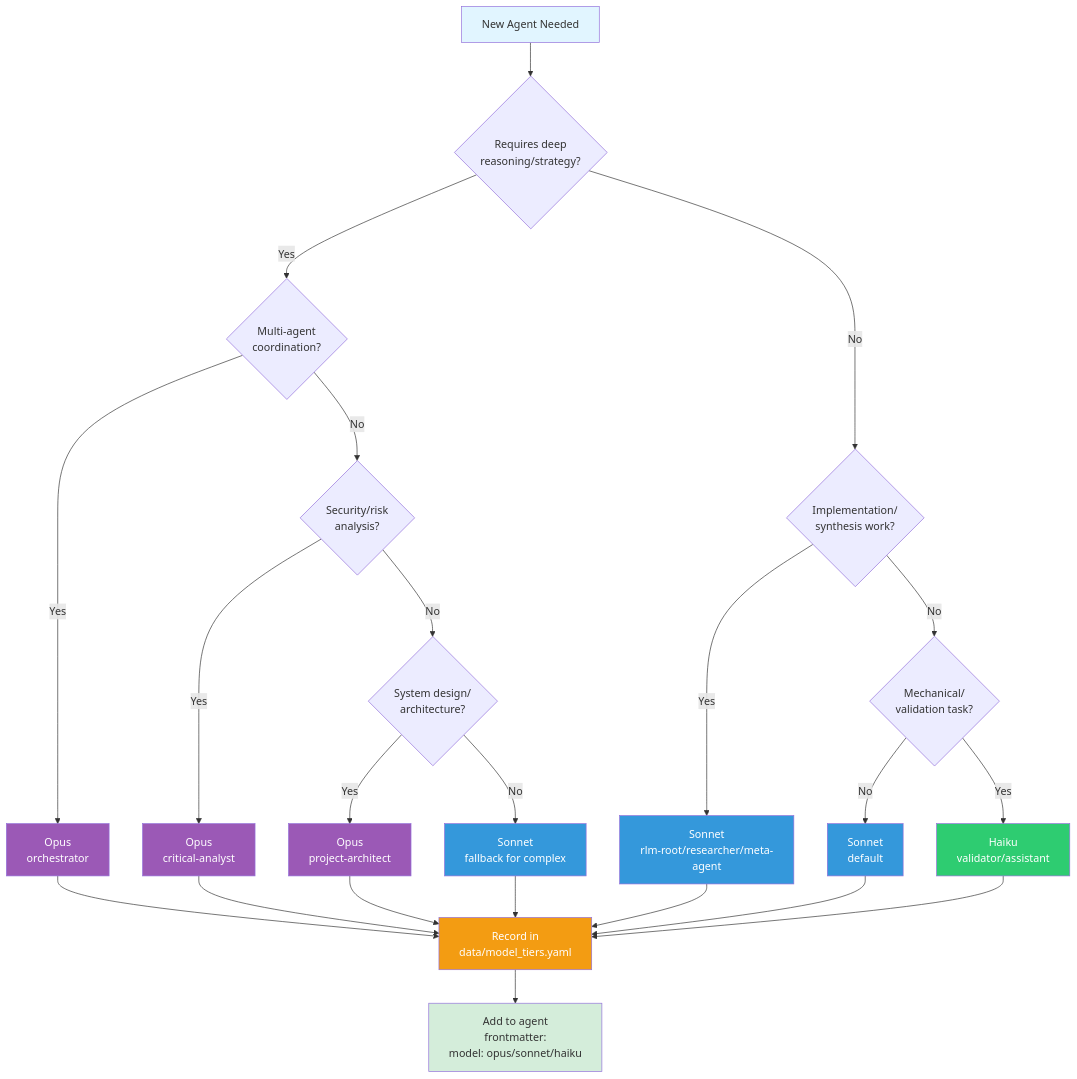
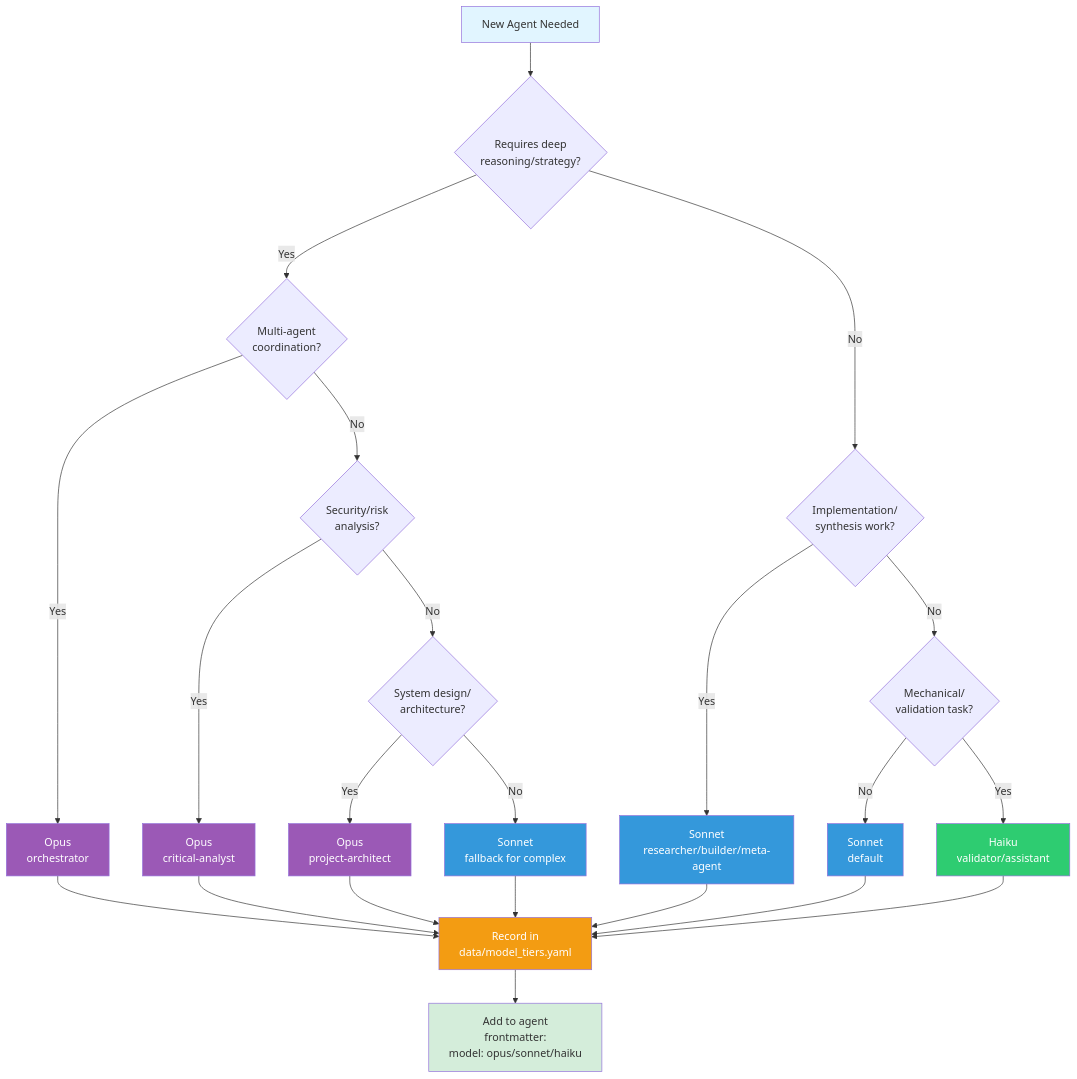
Before and after one commit to abujiletsgo/claude-agentic-framework: the fourth of 4 diagrams in docs/ROLES_AND_RESPONSIBILITIES.md, drawn with Mermaid. The commit also changed other lines of this file and 29 other files, not shown here.

First line of the commit message:
refactor: remove rlm-root/solve agents, redesign RLM as Pyramid Protocol

````diff
--- a/docs/ROLES_AND_RESPONSIBILITIES.md
+++ b/docs/ROLES_AND_RESPONSIBILITIES.md
@@ -771,39 +775,39 @@
 ```mermaid
 graph TD
     Start[New Agent Needed] --> Q1{Requires deep<br/>reasoning/strategy?}
 
     Q1 -->|Yes| Q2{Multi-agent<br/>coordination?}
     Q2 -->|Yes| Opus1[Opus<br/>orchestrator]
     Q2 -->|No| Q3{Security/risk<br/>analysis?}
     Q3 -->|Yes| Opus2[Opus<br/>critical-analyst]
     Q3 -->|No| Q4{System design/<br/>architecture?}
     Q4 -->|Yes| Opus3[Opus<br/>project-architect]
     Q4 -->|No| Sonnet1[Sonnet<br/>fallback for complex]
 
     Q1 -->|No| Q5{Implementation/<br/>synthesis work?}
-    Q5 -->|Yes| Sonnet2[Sonnet<br/>rlm-root/researcher/meta-agent]
+    Q5 -->|Yes| Sonnet2[Sonnet<br/>researcher/builder/meta-agent]
     Q5 -->|No| Q6{Mechanical/<br/>validation task?}
     Q6 -->|Yes| Haiku1[Haiku<br/>validator/assistant]
     Q6 -->|No| Sonnet3[Sonnet<br/>default]
 
     Opus1 --> Record[Record in<br/>data/model_tiers.yaml]
     Opus2 --> Record
     Opus3 --> Record
     Sonnet1 --> Record
     Sonnet2 --> Record
     Sonnet3 --> Record
     Haiku1 --> Record
 
     Record --> Frontmatter[Add to agent<br/>frontmatter:<br/>model: opus/sonnet/haiku]
 
     style Start fill:#e1f5ff
     style Opus1 fill:#9b59b6,color:#fff
     style Opus2 fill:#9b59b6,color:#fff
     style Opus3 fill:#9b59b6,color:#fff
     style Sonnet1 fill:#3498db,color:#fff
     style Sonnet2 fill:#3498db,color:#fff
     style Sonnet3 fill:#3498db,color:#fff
     style Haiku1 fill:#2ecc71,color:#fff
     style Record fill:#f39c12,color:#fff
     style Frontmatter fill:#d4edda
 ```
````
